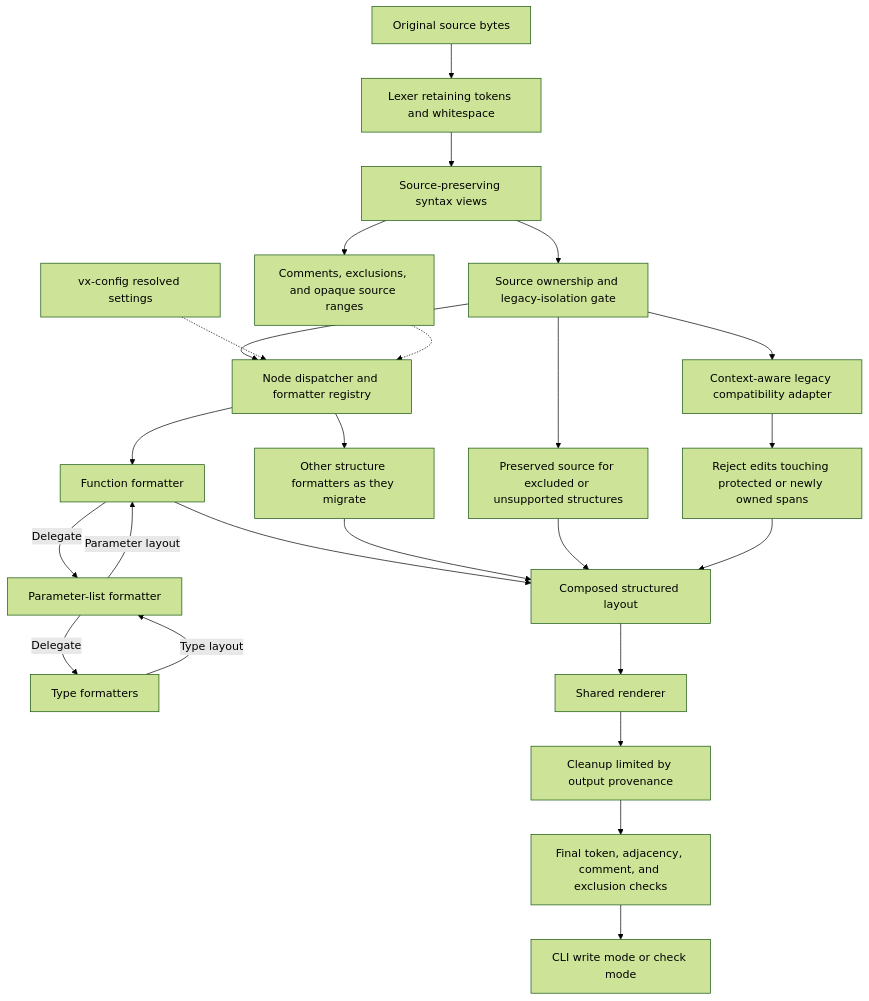
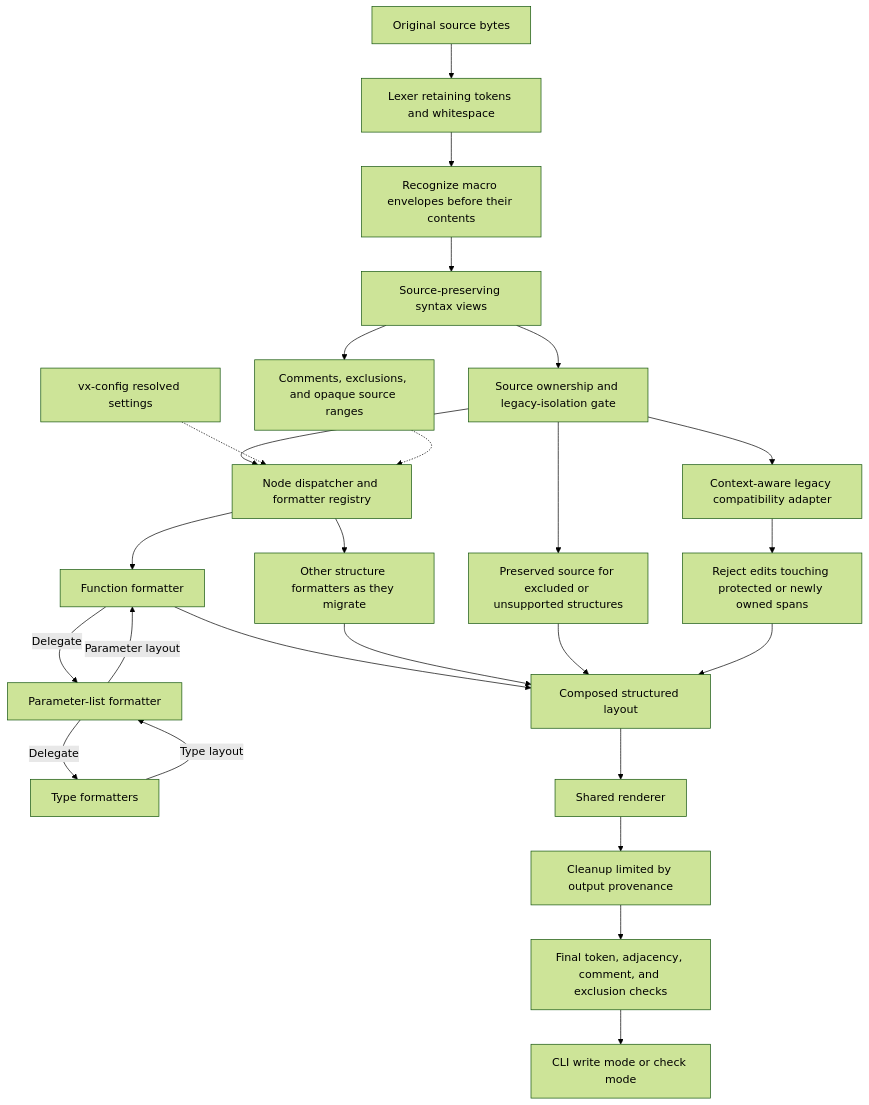
One commit to minzyfox/Vx changed the second of 3 diagrams in docs/discussions/vx_format_syntax_architecture_proposal.md. Above: the diagram before and after it, drawn with Mermaid (forest theme). The commit also changed other lines of this file and 1 other file, not shown here.

First line of the commit message:
docs: require complete header and macro ownership coverage

````diff
--- a/docs/discussions/vx_format_syntax_architecture_proposal.md
+++ b/docs/discussions/vx_format_syntax_architecture_proposal.md
@@ -178,27 +178,28 @@
 ```mermaid
 flowchart TD
     A[Original source bytes] --> B[Lexer retaining tokens and whitespace]
-    B --> C[Source-preserving syntax views]
+    B --> MAC[Recognize macro envelopes before their contents]
+    MAC --> C[Source-preserving syntax views]
     C --> OWN[Source ownership and legacy-isolation gate]
     OWN --> D[Node dispatcher and formatter registry]
     CFG[vx-config resolved settings] -.-> D
     C --> EX[Comments, exclusions, and opaque source ranges]
     EX -.-> D
     D --> F[Function formatter]
     F -->|Delegate| P[Parameter-list formatter]
     P -->|Delegate| T[Type formatters]
     D --> O[Other structure formatters as they migrate]
     F --> L[Composed structured layout]
     O --> L
     T -->|Type layout| P
     P -->|Parameter layout| F
     OWN --> RAW[Preserved source for excluded or unsupported structures]
     RAW --> L
     OWN --> LEG[Context-aware legacy compatibility adapter]
     LEG --> GUARD[Reject edits touching protected or newly owned spans]
     GUARD --> L
     L --> R[Shared renderer]
     R --> CLEAN[Cleanup limited by output provenance]
     CLEAN --> V[Final token, adjacency, comment, and exclusion checks]
     V --> CLI[CLI write mode or check mode]
 ```
````
